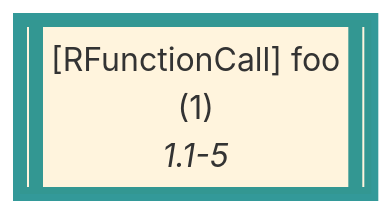
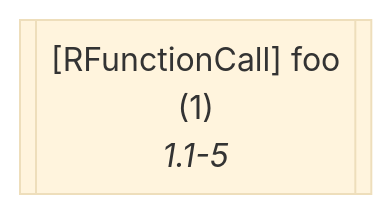
Diagram 12 of 48 in wiki/Dataflow Graph.md (flowr-analysis/flowr), drawn with Mermaid (base theme) before and after one commit. The commit also changed other lines of this file and 7 other files, not shown here.

Commit message:
[skip ci] doc: update generated wiki pages (wiki/Capabilities,wiki/Dataflow Graph,wiki/Search API,wiki/Interface,wiki/Control Flow Graph,wiki/Linting and Testing,wiki/Core,README)

````diff
--- a/wiki/Dataflow Graph.md
+++ b/wiki/Dataflow Graph.md
@@ -1173,7 +1238,6 @@
 ```mermaid
 flowchart LR
     1[["`#91;RFunctionCall#93; foo
       (1)
       *1.1-5*`"]]
-    style 1 stroke:teal,stroke-width:7px,stroke-opacity:.8;
 ```
````
